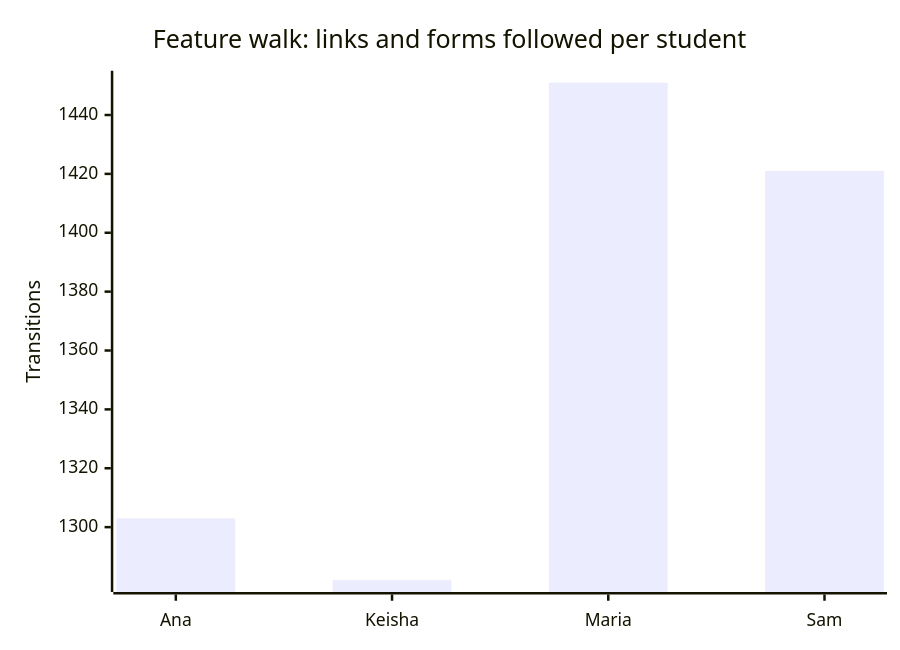
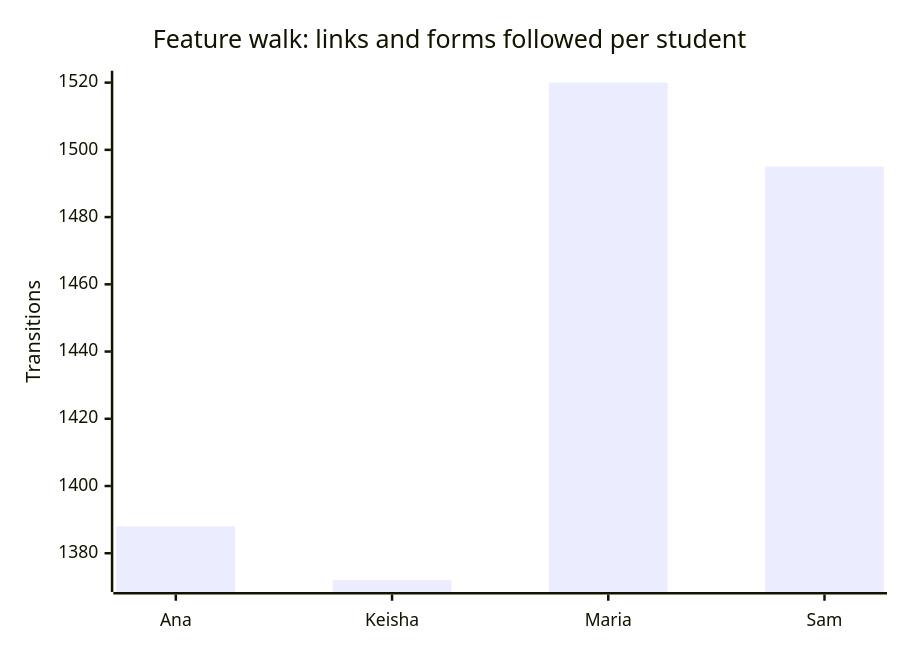
Before and after one commit to russlittle/ZTHR: the third of 3 diagrams in docs/testing/coverage.md, drawn with Mermaid. The commit also changed other lines of this file and 86 other files, not shown here.

````diff
--- a/docs/testing/coverage.md
+++ b/docs/testing/coverage.md
@@ -95,7 +95,7 @@
 ```mermaid
 xychart-beta
   title "Feature walk: links and forms followed per student"
   x-axis ["Ana", "Keisha", "Maria", "Sam"]
   y-axis "Transitions"
-  bar [1303, 1282, 1451, 1421]
+  bar [1388, 1372, 1520, 1495]
 ```
````
